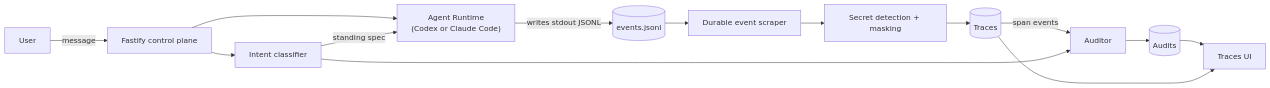
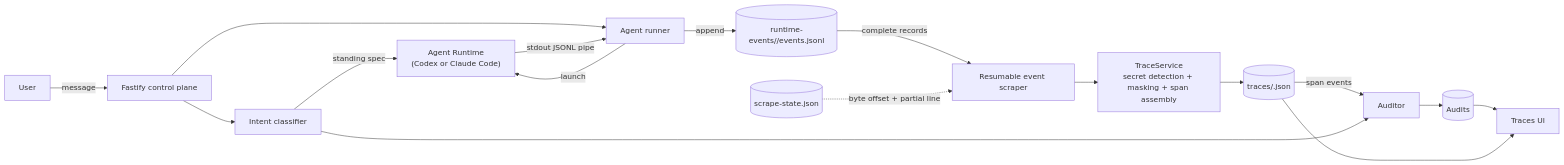
One commit to Not-jovan/Monkey changed the diagram in docs/GLASS_BOX.md. Above: the diagram before and after it, drawn with Mermaid. The commit also changed other lines of this file and 5 other files, not shown here.

````diff
--- a/docs/GLASS_BOX.md
+++ b/docs/GLASS_BOX.md
@@ -13,16 +13,19 @@
 ```mermaid
 flowchart LR
     User["User"] -->|message| API["Fastify control plane"]
     API --> Intent["Intent classifier"]
-    API --> Runtime["Agent Runtime\n(Codex or Claude Code)"]
+    API --> Runner["Agent runner"]
+    Runner -->|launch| Runtime["Agent Runtime\n(Codex or Claude Code)"]
     Intent -->|standing spec| Runtime
-    Runtime -->|writes stdout JSONL| EventFile[("events.jsonl")]
-    EventFile --> Scraper["Durable event scraper"]
-    Scraper --> Redact["Secret detection + masking"]
-    Redact --> Traces[("Traces")]
+    Runtime -->|stdout JSONL pipe| Runner
+    Runner -->|append| EventFile[("runtime-events/<runId>/events.jsonl")]
+    EventFile -->|complete records| Scraper["Resumable event scraper"]
+    State[("scrape-state.json")] -.->|byte offset + partial line| Scraper
+    Scraper --> TraceService["TraceService\nsecret detection + masking + span assembly"]
+    TraceService --> Traces[("traces/<traceId>.json")]
     Traces -->|span events| Audit["Auditor"]
     Intent --> Audit
     Audit --> Audits[("Audits")]
     Audits --> UI["Traces UI"]
     Traces --> UI
 ```
````
